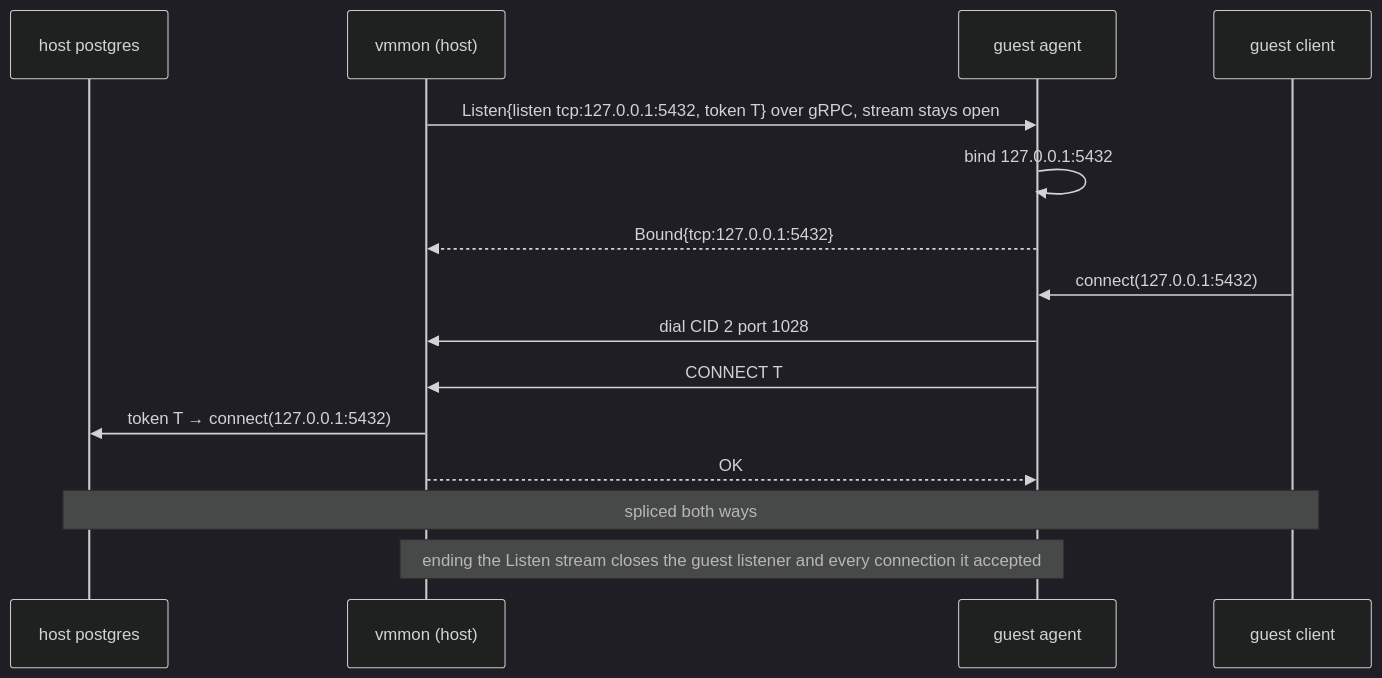
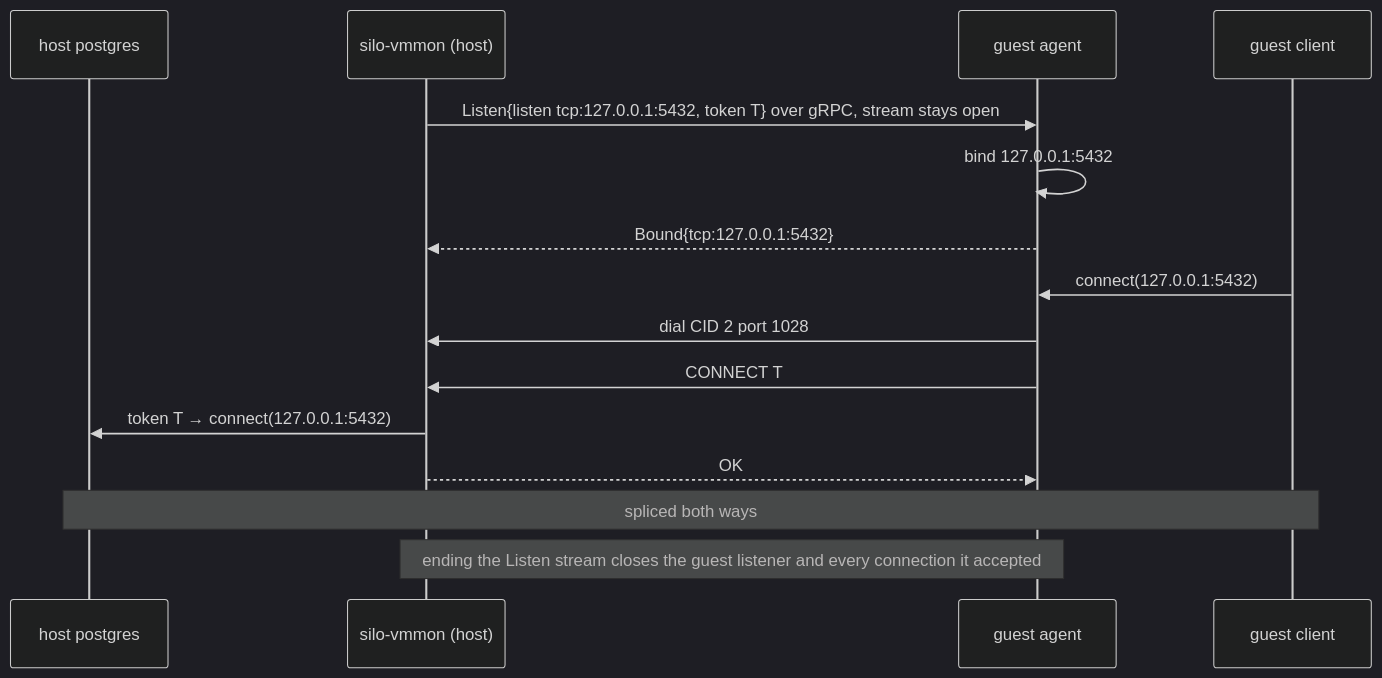
One commit to vandycknick/silo changed the fourth of 9 diagrams in docs/adr/0016-vsock-forwards-and-netd-publications.md. Above: the diagram before and after it, drawn with Mermaid (dark theme). The commit also changed other lines of this file and 34 other files, not shown here.

First line of the commit message:
docs: single state root, silo-vmmon contract, and rename

````diff
--- a/docs/adr/0016-vsock-forwards-and-netd-publications.md
+++ b/docs/adr/0016-vsock-forwards-and-netd-publications.md
@@ -272,17 +272,17 @@
 ```mermaid
 sequenceDiagram
   participant P as host postgres
-  participant V as vmmon (host)
+  participant V as silo-vmmon (host)
   participant A as guest agent
   participant G as guest client
   V->>A: Listen{listen tcp:127.0.0.1:5432, token T} over gRPC, stream stays open
   A->>A: bind 127.0.0.1:5432
   A-->>V: Bound{tcp:127.0.0.1:5432}
   G->>A: connect(127.0.0.1:5432)
   A->>V: dial CID 2 port 1028
   A->>V: CONNECT T
   V->>P: token T → connect(127.0.0.1:5432)
   V-->>A: OK
   Note over P,G: spliced both ways
   Note over V,A: ending the Listen stream closes the guest listener and every connection it accepted
 ```
````
